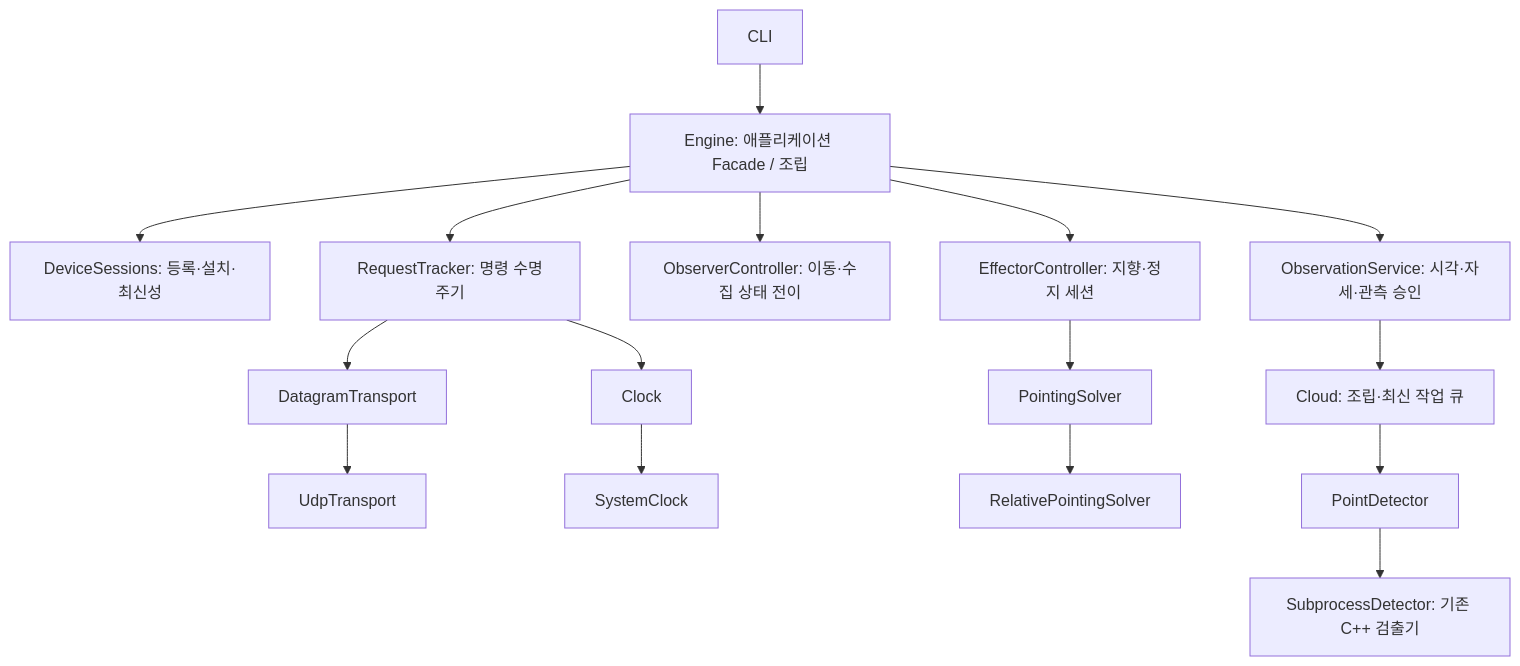
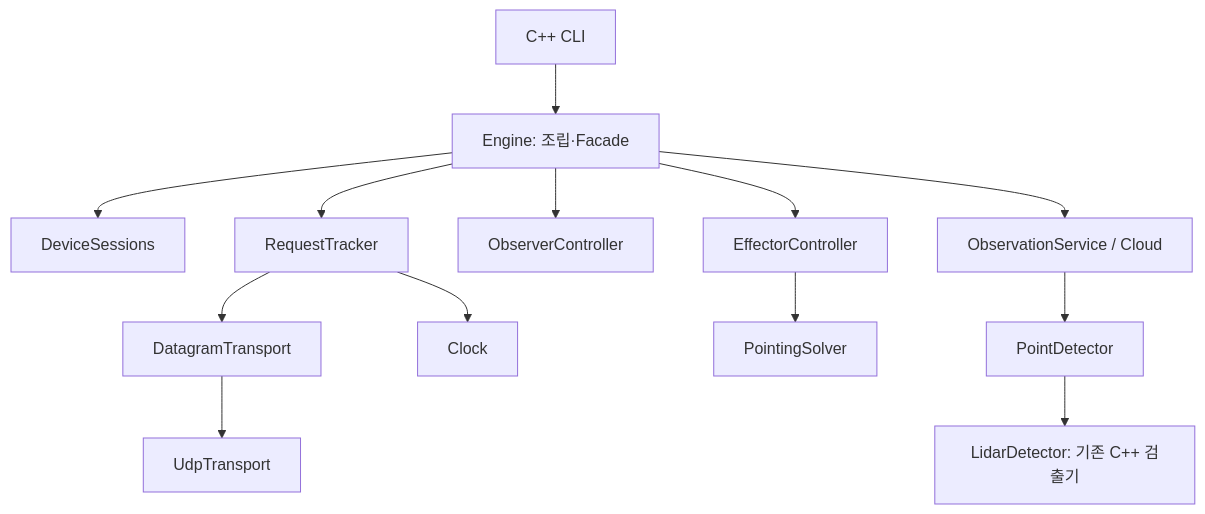
Before and after one commit to LIG-Embedded-School-Team-2-WarWarden/ai-generated-c2: the diagram in docs/software-design.md, drawn with Mermaid. The commit also changed other lines of this file and 25 other files, not shown here.

````diff
--- a/docs/software-design.md
+++ b/docs/software-design.md
@@ -10,18 +8,15 @@
 ```mermaid
 flowchart TD
-    CLI[CLI] --> Engine[Engine: 애플리케이션 Facade / 조립]
-    Engine --> Devices[DeviceSessions: 등록·설치·최신성]
-    Engine --> Requests[RequestTracker: 명령 수명주기]
-    Engine --> OBS[ObserverController: 이동·수집 상태 전이]
-    Engine --> EFF[EffectorController: 지향·정지 세션]
-    Engine --> Observation[ObservationService: 시각·자세·관측 승인]
+    CLI[C++ CLI] --> Engine[Engine: 조립·Facade]
+    Engine --> Devices[DeviceSessions]
+    Engine --> Requests[RequestTracker]
+    Engine --> OBS[ObserverController]
+    Engine --> EFF[EffectorController]
+    Engine --> Observation[ObservationService / Cloud]
     Requests --> Transport[DatagramTransport]
     Transport --> UDP[UdpTransport]
     Requests --> Clock[Clock]
-    Clock --> System[SystemClock]
     EFF --> Solver[PointingSolver]
-    Solver --> Relative[RelativePointingSolver]
-    Observation --> Cloud[Cloud: 조립·최신 작업 큐]
-    Cloud --> Detector[PointDetector]
-    Detector --> CPP[SubprocessDetector: 기존 C++ 검출기]
+    Observation --> Detector[PointDetector]
+    Detector --> Lidar[LidarDetector: 기존 C++ 검출기]
 ```
````
